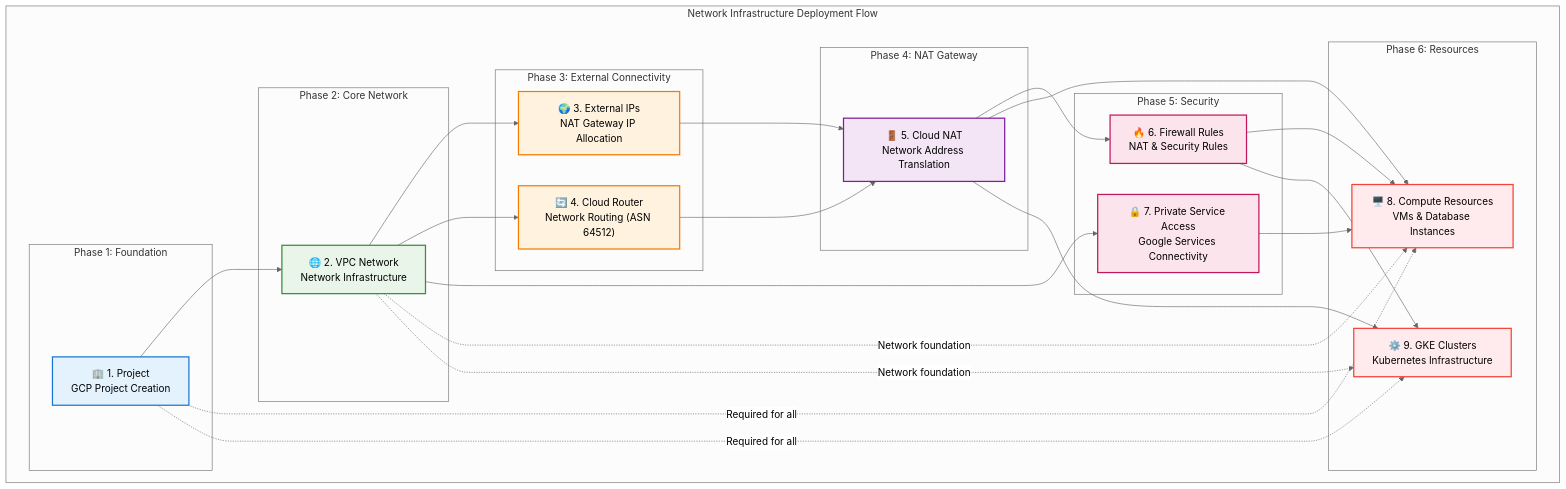
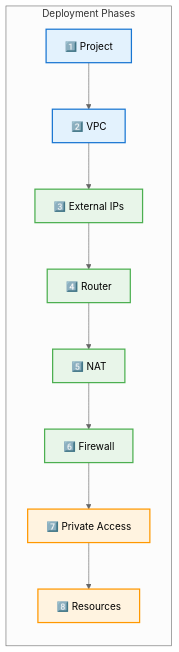
The fifth of 6 diagrams in docs/NETWORK_ARCHITECTURE.md (spolspol/terragrunt-gcp-org-automation), drawn with Mermaid (neutral theme) before and after one commit. The commit also changed other lines of this file and 4 other files, not shown here.

First line of the commit message:
Adds comprehensive architecture documentation

````diff
--- a/docs/NETWORK_ARCHITECTURE.md
+++ b/docs/NETWORK_ARCHITECTURE.md
@@ -715,67 +385,23 @@
 ```mermaid
-flowchart TD
-    subgraph "Network Infrastructure Deployment Flow"
-        subgraph "Phase 1: Foundation"
-            PROJECT["🏢 1. Project<br/>GCP Project Creation"]
-        end
-        
-        subgraph "Phase 2: Core Network"
-            VPC["🌐 2. VPC Network<br/>Network Infrastructure"]
-        end
-        
-        subgraph "Phase 3: External Connectivity"
-            EXT_IPS["🌍 3. External IPs<br/>NAT Gateway IP Allocation"]
-            ROUTER["🔄 4. Cloud Router<br/>Network Routing (ASN 64512)"]
-        end
-        
-        subgraph "Phase 4: NAT Gateway"
-            NAT["🚪 5. Cloud NAT<br/>Network Address Translation"]
-        end
-        
-        subgraph "Phase 5: Security"
-            FIREWALL["🔥 6. Firewall Rules<br/>NAT & Security Rules"]
-            PSA["🔒 7. Private Service Access<br/>Google Services Connectivity"]
-        end
-        
-        subgraph "Phase 6: Resources"
-            COMPUTE["🖥️ 8. Compute Resources<br/>VMs & Database Instances"]
-            GKE["⚙️ 9. GKE Clusters<br/>Kubernetes Infrastructure"]
-        end
+flowchart LR
+    subgraph "Deployment Phases"
+        P1["1️⃣ Project"]
+        P2["2️⃣ VPC"]
+        P3["3️⃣ External IPs"]
+        P4["4️⃣ Router"]
+        P5["5️⃣ NAT"]
+        P6["6️⃣ Firewall"]
+        P7["7️⃣ Private Access"]
+        P8["8️⃣ Resources"]
     end
     
-    %% Main dependency flow
-    PROJECT --> VPC
-    VPC --> EXT_IPS
-    VPC --> ROUTER
-    EXT_IPS --> NAT
-    ROUTER --> NAT
-    NAT --> FIREWALL
-    VPC --> PSA
-    
-    %% Resource dependencies
-    NAT --> COMPUTE
-    NAT --> GKE
-    FIREWALL --> COMPUTE
-    FIREWALL --> GKE
-    PSA --> COMPUTE
-    
-    %% Critical dependency paths
-    PROJECT -.->|"Required for all"| COMPUTE
-    PROJECT -.->|"Required for all"| GKE
-    VPC -.->|"Network foundation"| COMPUTE
-    VPC -.->|"Network foundation"| GKE
+    P1 --> P2 --> P3 --> P4 --> P5 --> P6 --> P7 --> P8
     
     classDef phase1 fill:#E3F2FD,stroke:#1976D2,stroke-width:2px
-    classDef phase2 fill:#E8F5E8,stroke:#388E3C,stroke-width:2px
-    classDef phase3 fill:#FFF3E0,stroke:#F57C00,stroke-width:2px
-    classDef phase4 fill:#F3E5F5,stroke:#7B1FA2,stroke-width:2px
-    classDef phase5 fill:#FCE4EC,stroke:#C2185B,stroke-width:2px
-    classDef phase6 fill:#FFEBEE,stroke:#F44336,stroke-width:2px
+    classDef phase2 fill:#E8F5E9,stroke:#4CAF50,stroke-width:2px
+    classDef phase3 fill:#FFF3E0,stroke:#FF9800,stroke-width:2px
     
-    class PROJECT phase1
-    class VPC phase2
-    class EXT_IPS,ROUTER phase3
-    class NAT phase4
-    class FIREWALL,PSA phase5
-    class COMPUTE,GKE phase6
+    class P1,P2 phase1
+    class P3,P4,P5,P6 phase2
+    class P7,P8 phase3
 ```
````
